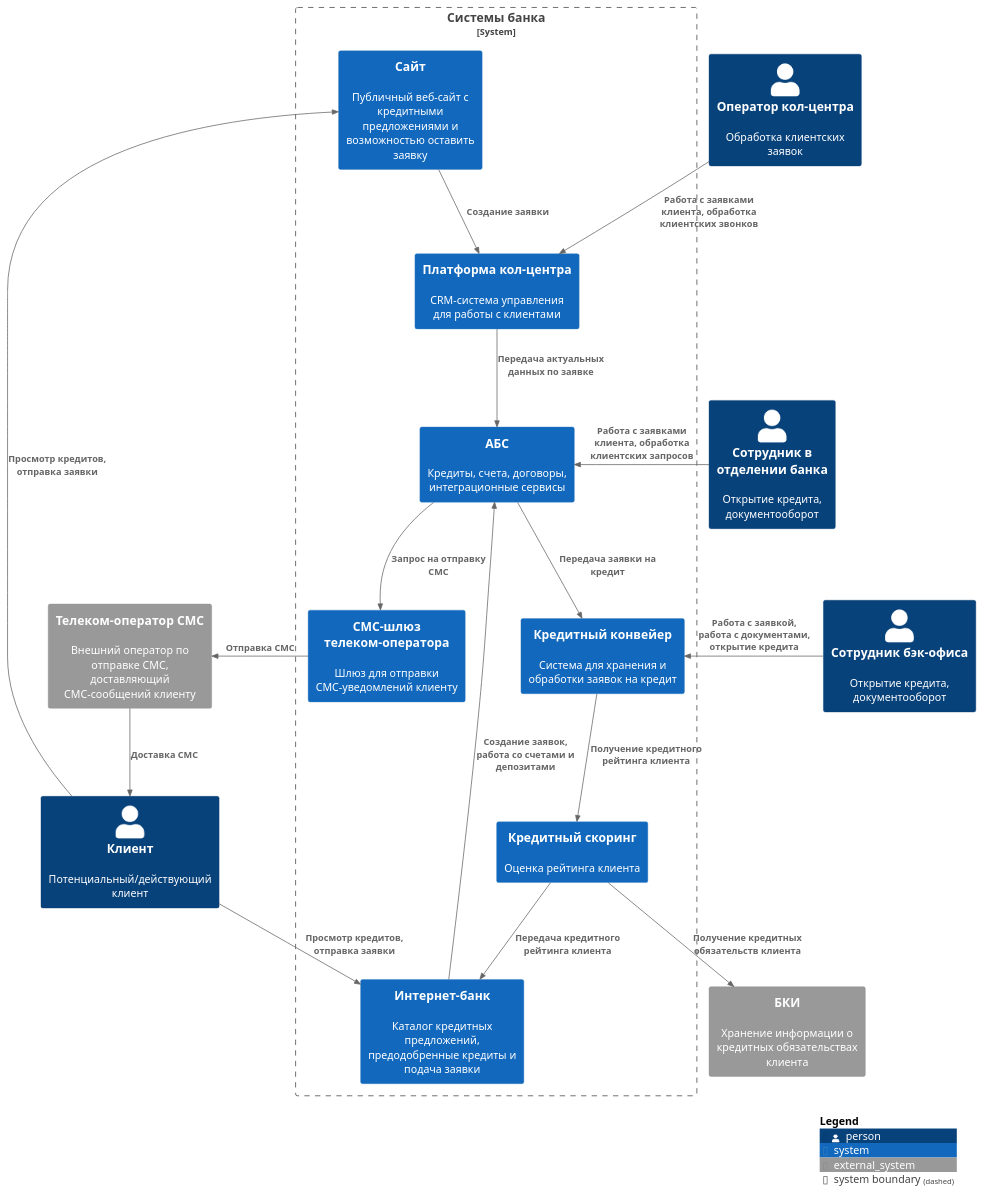
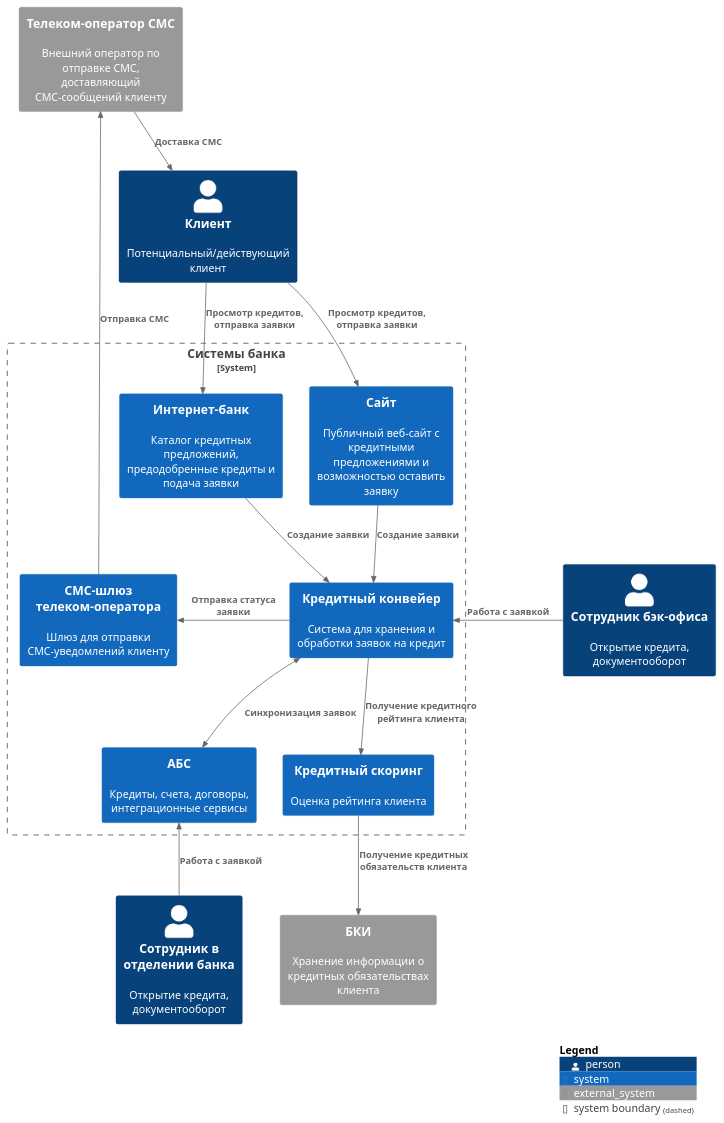
Before and after one commit to santechniqueue/architecture-pro-standart: the diagram in Task5/C4_Context.puml, drawn with PlantUML. The commit also changed 2 other files, not shown here.

```diff
--- a/Task5/C4_Context.puml
+++ b/Task5/C4_Context.puml
@@ -1,41 +1,36 @@
 @startuml C4_Context_Deposits
 !includeurl https://raw.githubusercontent.com/plantuml-stdlib/C4-PlantUML/master/C4_Context.puml
 
 Person(Client, "Клиент", "Потенциальный/действующий клиент")
-Person(Operator, "Оператор кол-центра", "Обработка клиентских заявок")
 Person(BackOffice, "Сотрудник бэк-офиса", "Открытие кредита, документооборот")
 Person(FrontOffice, "Сотрудник в отделении банка", "Открытие кредита, документооборот")
 
 System_Boundary(BankSystem, "Системы банка") {
     System(MarketingWebsite, "Сайт", "Публичный веб-сайт с кредитными предложениями и возможностью оставить заявку")
     System(OnlineBanking, "Интернет-банк", "Каталог кредитных предложений, предодобренные кредиты и подача заявки")
     System(CreditScoring, "Кредитный скоринг", "Оценка рейтинга клиента")
     System(CreditConveyor, "Кредитный конвейер", "Система для хранения и обработки заявок на кредит")
     System(ABS, "АБС", "Кредиты, счета, договоры, интеграционные сервисы")
     System(SMSGateway, "СМС-шлюз телеком-оператора", "Шлюз для отправки СМС-уведомлений клиенту")
-    System(CallCentre, "Платформа кол‑центра", "CRM-система управления для работы с клиентами")
 }
 System_Ext(SMSProvider, "Телеком-оператор СМС", "Внешний оператор по отправке СМС, доставляющий СМС-сообщений клиенту")
 System_Ext(CreditBureau, "БКИ", "Хранение информации о кредитных обязательствах клиента")
 
 'Actors rel
 Rel(Client, MarketingWebsite, "Просмотр кредитов, отправка заявки")
 Rel(Client, OnlineBanking, "Просмотр кредитов, отправка заявки")
-Rel_L(FrontOffice, ABS, "Работа с заявками клиента, обработка клиентских запросов")
-Rel_L(BackOffice, CreditConveyor, "Работа с заявкой, работа с документами, открытие кредита")
-Rel(Operator, CallCentre, "Работа с заявками клиента, обработка клиентских звонков")
+Rel_U(FrontOffice, ABS, "Работа с заявкой")
+Rel_L(BackOffice, CreditConveyor, "Работа с заявкой")
 
 'Systems rel
-Rel(MarketingWebsite, CallCentre, "Создание заявки")
-Rel(OnlineBanking, ABS, "Создание заявок, работа со счетами и депозитами")
+Rel(MarketingWebsite, CreditConveyor, "Создание заявки")
+Rel(OnlineBanking, CreditConveyor, "Создание заявки")
 Rel(CreditConveyor, CreditScoring, "Получение кредитного рейтинга клиента")
+BiRel(CreditConveyor, ABS, "Синхронизация заявок")
 Rel(CreditScoring, CreditBureau, "Получение кредитных обязательств клиента")
-Rel(CreditScoring, OnlineBanking, "Передача кредитного рейтинга клиента")
-Rel(CallCentre, ABS, "Передача актуальных данных по заявке")
-Rel(ABS, SMSGateway, "Запрос на отправку СМС")
-Rel(ABS, CreditConveyor, "Передача заявки на кредит")
-Rel(SMSGateway, SMSProvider, "Отправка СМС")
+Rel_L(CreditConveyor, SMSGateway, "Отправка статуса заявки")
+Rel_L(SMSGateway, SMSProvider, "Отправка СМС")
 Rel(SMSProvider, Client, "Доставка СМС")
 
 SHOW_LEGEND()
 @enduml
```
